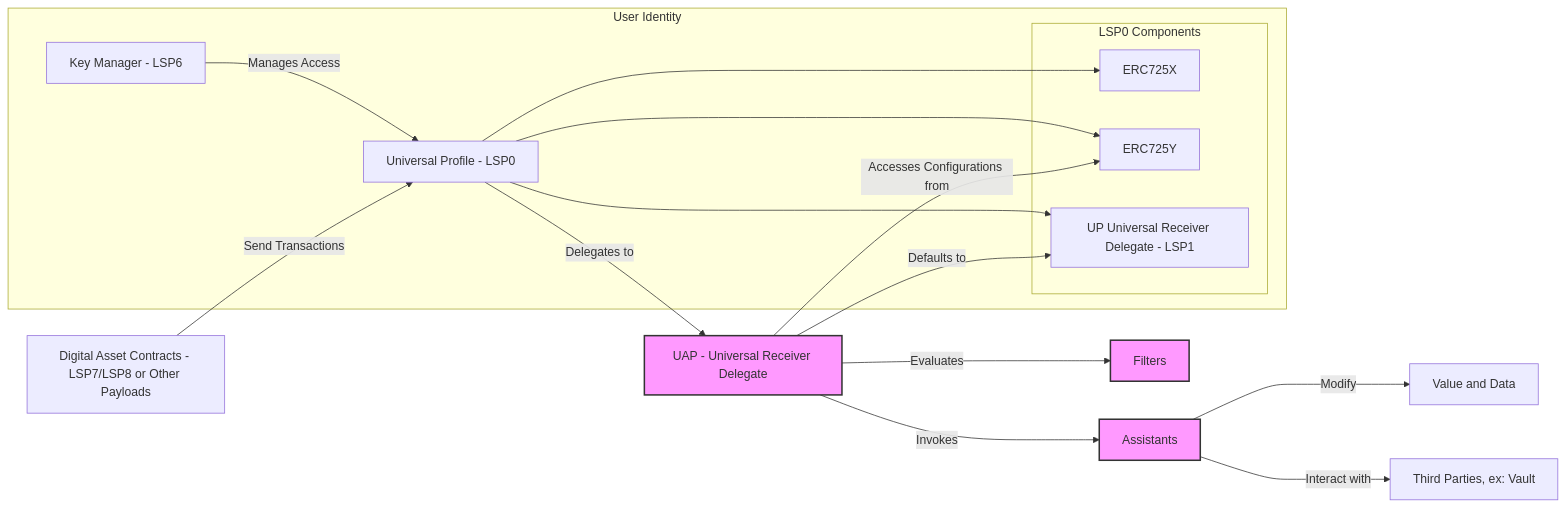
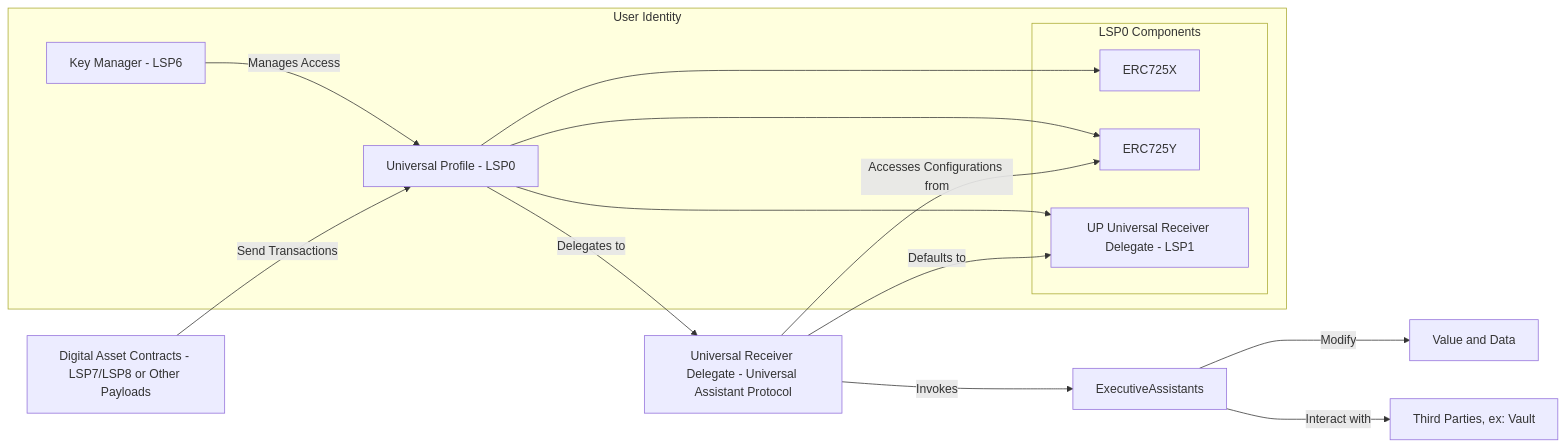
The diagram in developers/architecture.md (yearone-io/upassistants-docs), drawn with Mermaid before and after one commit. The commit also changed other lines of this file, not shown here.

````diff
--- a/developers/architecture.md
+++ b/developers/architecture.md
@@ -3,41 +3,30 @@
 ```mermaid
 graph LR
 
 subgraph User Identity
     UP[Universal Profile - LSP0]
     subgraph LSP0 Components
         ERC725X
         ERC725Y
         LSP1[UP Universal Receiver Delegate - LSP1]
     end
     UP --> ERC725X
     UP --> ERC725Y
     UP --> LSP1
     KM[Key Manager - LSP6] -->|Manages Access| UP
 end
 
 Tokens[Digital Asset Contracts - LSP7/LSP8 or Other Payloads] -->|Send Transactions| UP
 
-UP -->|Delegates to| URDuap[UAP - Universal Receiver Delegate]
+UP -->|Delegates to| URDuap[Universal Receiver Delegate - Universal Assistant Protocol]
 
 URDuap -->|Accesses Configurations from| ERC725Y
 
-URDuap -->|Evaluates| Filters
+URDuap -->|Invokes| ExecutiveAssistants
 
-URDuap -->|Invokes| Assistants
+ExecutiveAssistants -->|Modify| Value_and_Data[Value and Data]
 
-Assistants -->|Modify| Value_and_Data[Value and Data]
-
-Assistants -->|Interact with| ThirdParties[Third Parties, ex: Vault]
+ExecutiveAssistants -->|Interact with| ThirdParties[Third Parties, ex: Vault]
 
 URDuap -->|Defaults to| LSP1
-
-%% Style Definitions
-classDef uapClass fill:#f9f,stroke:#333,stroke-width:2px;
-
-%% Apply Styles to UAP Components
-class URDuap uapClass
-class Filters uapClass
-class Assistants uapClass
-
 ```
````
